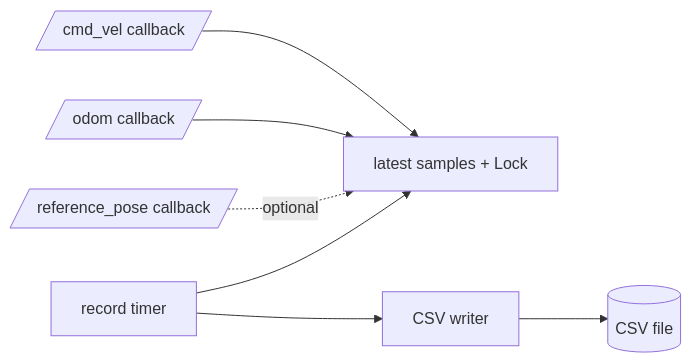
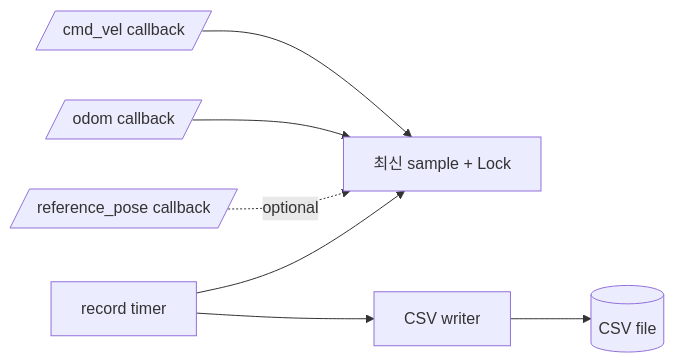
Before and after one commit to grade-e/odometry-calibrator: the sixth of 7 diagrams in src/odometry_calibrator/docs/usage_and_architecture.md, drawn with Mermaid. The commit also changed other lines of this file and 2 other files, not shown here.

````diff
--- a/src/odometry_calibrator/docs/usage_and_architecture.md
+++ b/src/odometry_calibrator/docs/usage_and_architecture.md
@@ -282,9 +282,9 @@
 ```mermaid
 flowchart LR
-    CmdCb[/cmd_vel callback/] --> Latest[latest samples + Lock]
+    CmdCb[/cmd_vel callback/] --> Latest[최신 sample + Lock]
     OdomCb[/odom callback/] --> Latest
     RefCb[/reference_pose callback/] -. optional .-> Latest
     Timer[record timer] --> Latest
     Timer --> CsvWriter[CSV writer]
     CsvWriter --> Csv[(CSV file)]
 ```
````
